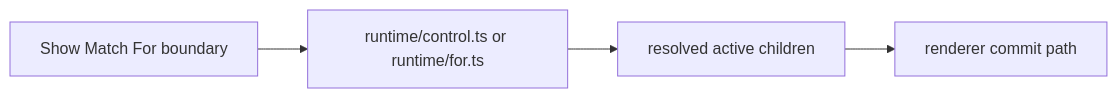
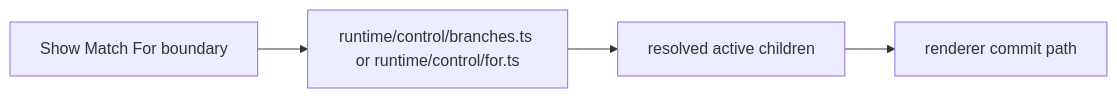
One commit to askrjs/askr changed the sixth of 7 diagrams in docs/internals/renderer-pipeline.md. Above: the diagram before and after it, drawn with Mermaid. The commit also changed other lines of this file and 371 other files, not shown here.

````diff
--- a/docs/internals/renderer-pipeline.md
+++ b/docs/internals/renderer-pipeline.md
@@ -194,11 +198,11 @@
 ```mermaid
 flowchart LR
   controlNode[Show Match For boundary]
-  runtimeEval[runtime/control.ts or runtime/for.ts]
+  runtimeEval[runtime/control/branches.ts or runtime/control/for.ts]
   resolved[resolved active children]
   commit[renderer commit path]
 
   controlNode --> runtimeEval
   runtimeEval --> resolved
   resolved --> commit
 ```
````
